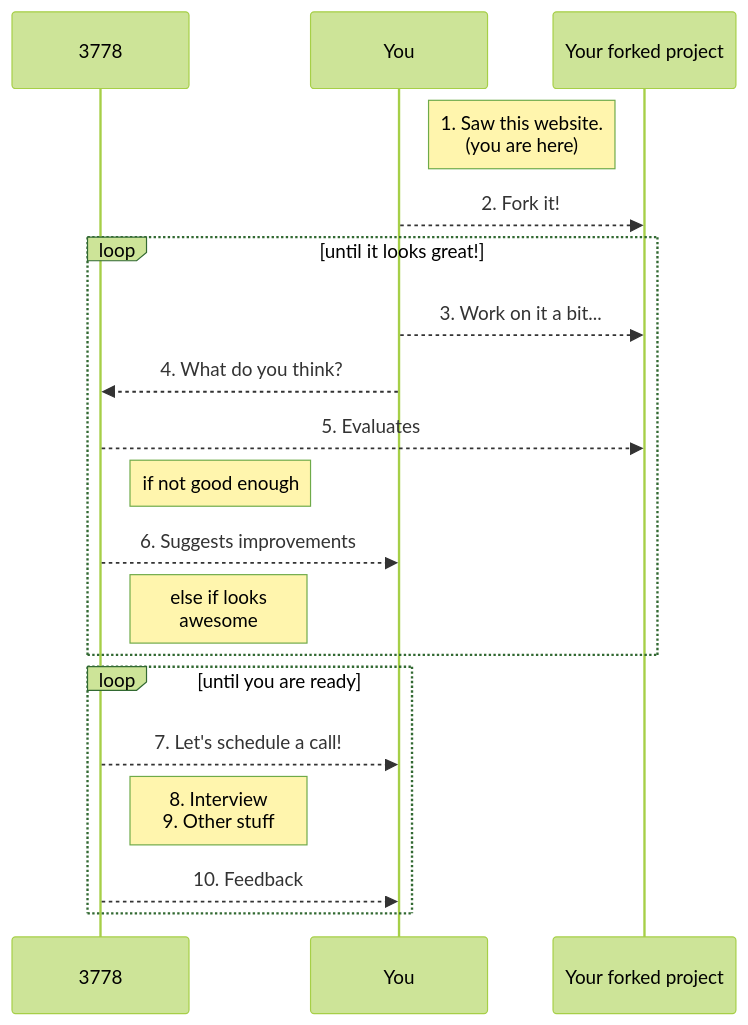
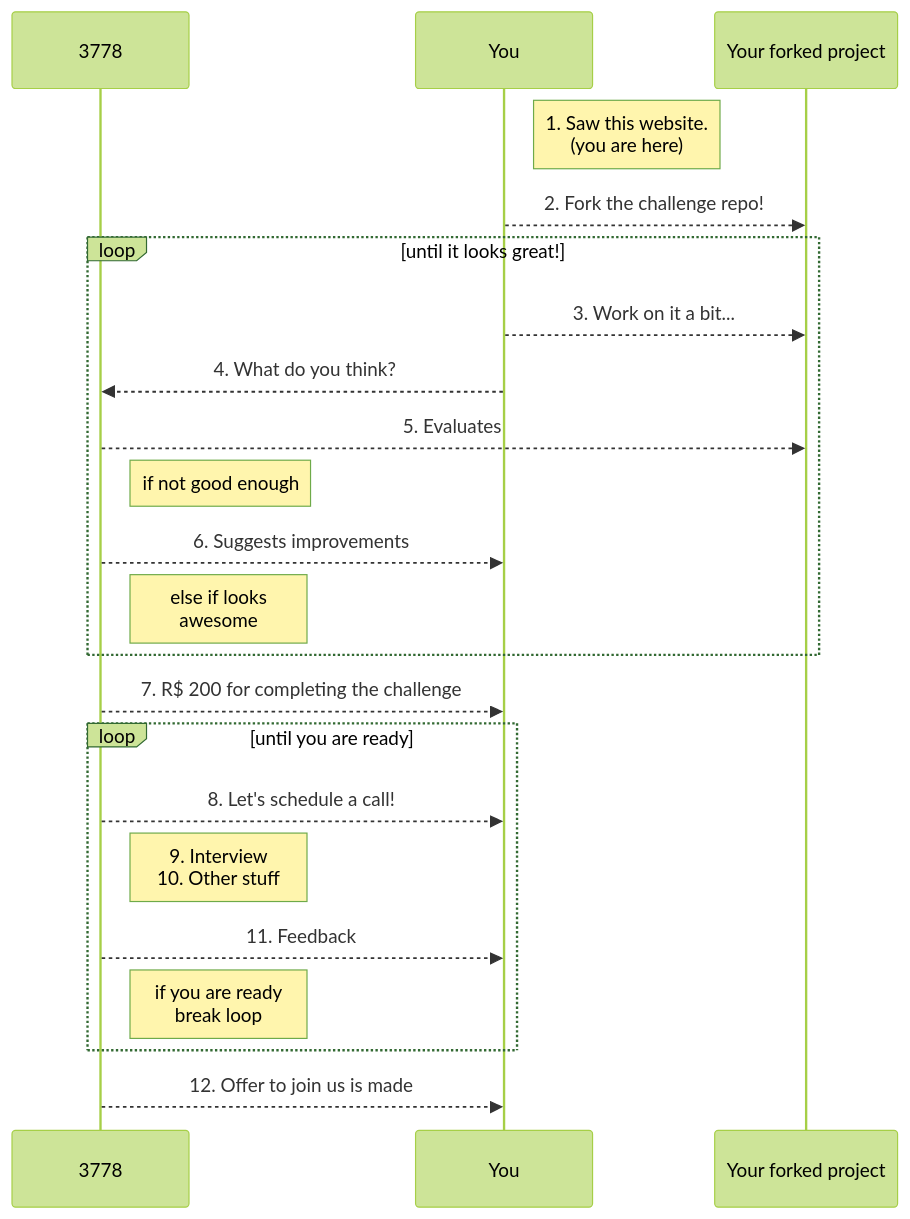
Before and after one commit to 3778/website-research: the diagram in content/join-us.md, drawn with Mermaid (forest theme).

````diff
--- a/content/join-us.md
+++ b/content/join-us.md
@@ -7,23 +7,24 @@
 ```mermaid
 sequenceDiagram
     participant 3778
     participant You
     participant Your forked project
     Note right of You: 1. Saw this website. <br> (you are here)
-    You-->>Your forked project: 2. Fork it!
+    You-->>Your forked project: 2. Fork the challenge repo!
     loop until it looks great!
         You-->>Your forked project: 3. Work on it a bit...
         You-->>3778: 4. What do you think?
         3778-->>Your forked project: 5. Evaluates
         Note right of 3778: if not good enough
         3778-->>You: 6. Suggests improvements
         Note right of 3778: else if looks <br> awesome
     end
+    3778-->>You: 7. R$ 200 for completing the challenge
     loop until you are ready
-        3778-->>You: 7. Let's schedule a call!
-        Note right of 3778: 8. Interview <br> 9. Other stuff
-        3778-->>You: 10. Feedback
+        3778-->>You: 8. Let's schedule a call!
+        Note right of 3778: 9. Interview <br> 10. Other stuff
+        3778-->>You: 11. Feedback
+        Note right of 3778: if you are ready <br> break loop
     end
-    
-    
+    3778-->>You: 12. Offer to join us is made
 ```
````
